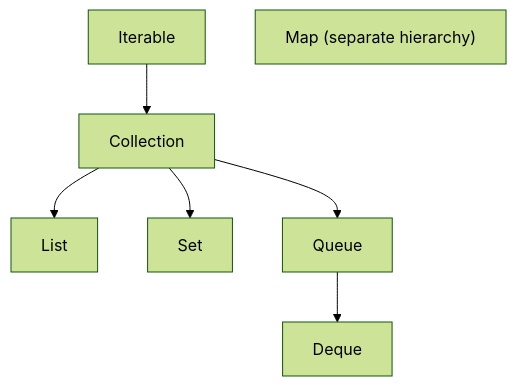
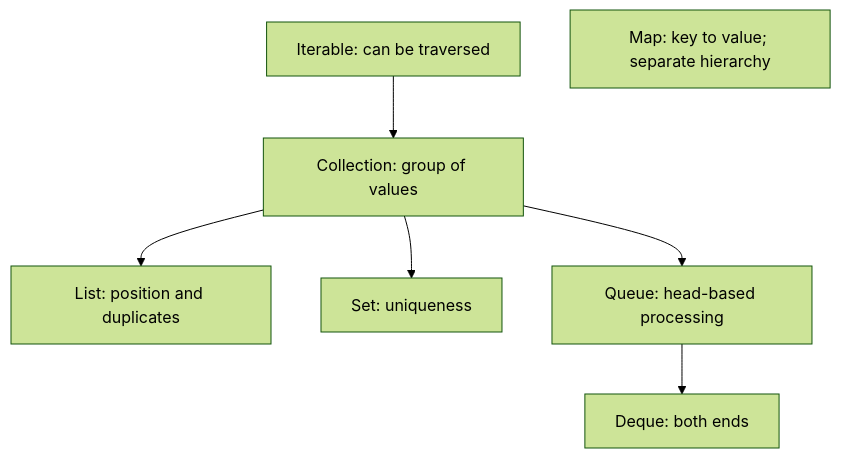
One commit to taukhir/shopverse changed the first of 2 diagrams in documentation/docs/java/JAVA-COLLECTIONS.md. Above: the diagram before and after it, drawn with Mermaid (forest theme). The commit also changed other lines of this file and 4530 other files, not shown here.

Commit message:
Refactor shopverse storefront and refresh UI flows

````diff
--- a/documentation/docs/java/JAVA-COLLECTIONS.md
+++ b/documentation/docs/java/JAVA-COLLECTIONS.md
@@ -22,9 +39,9 @@
 ```mermaid
 flowchart TB
-    Iterable --> Collection
-    Collection --> List
-    Collection --> Set
-    Collection --> Queue
-    Queue --> Deque
-    Map["Map (separate hierarchy)"]
+    iterable["Iterable: can be traversed"] --> collection["Collection: group of values"]
+    collection --> list["List: position and duplicates"]
+    collection --> set["Set: uniqueness"]
+    collection --> queue["Queue: head-based processing"]
+    queue --> deque["Deque: both ends"]
+    map["Map: key to value; separate hierarchy"]
 ```
````
